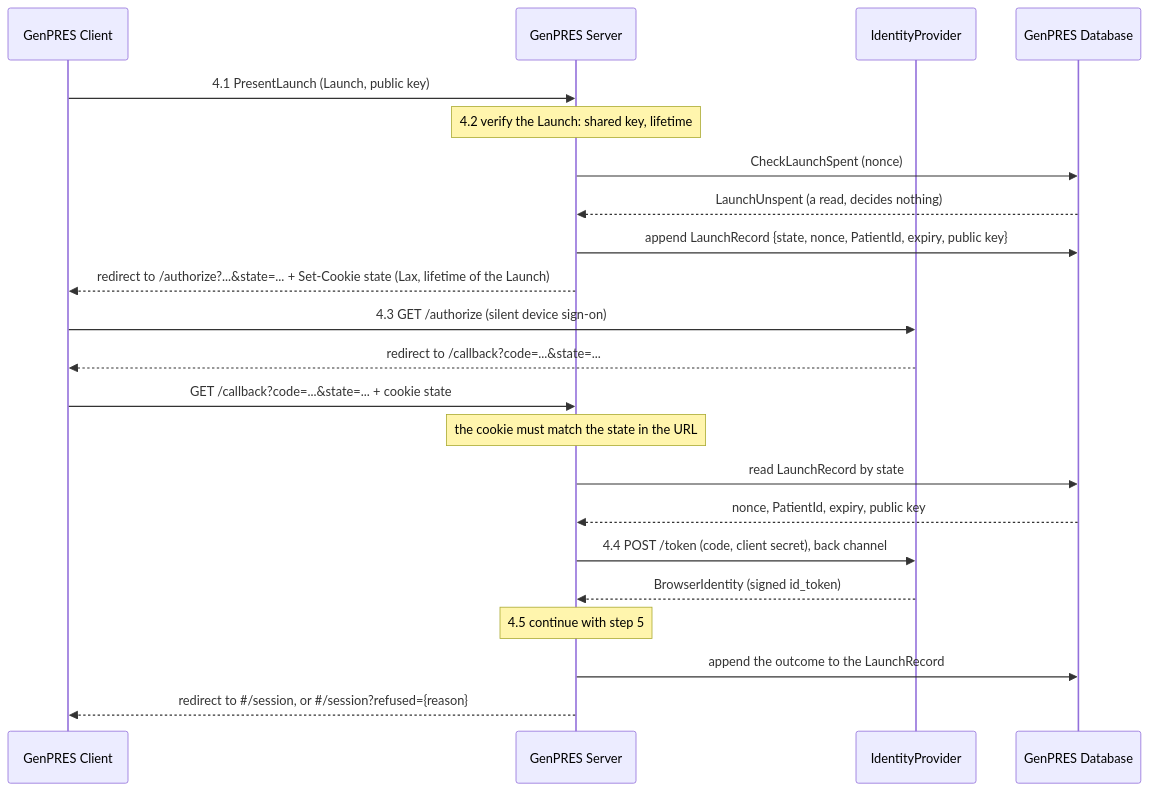
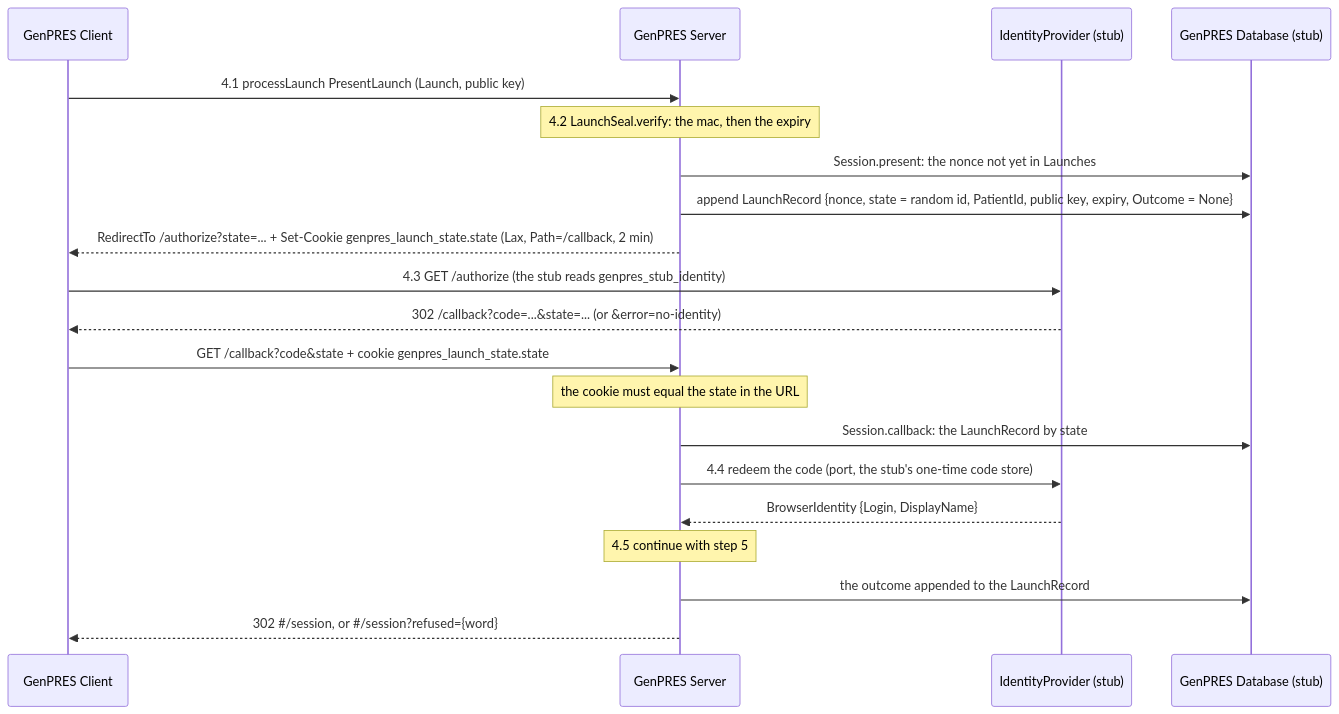
Before and after one commit to informedica/GenPRES: the second of 4 diagrams in docs/scenarios/integration/uc-01-launch.md, drawn with Mermaid. The commit also changed other lines of this file and 13 other files, not shown here.

````diff
--- a/docs/scenarios/integration/uc-01-launch.md
+++ b/docs/scenarios/integration/uc-01-launch.md
@@ -55,25 +60,23 @@
 ```mermaid
 sequenceDiagram
     participant C as GenPRES Client
     participant S as GenPRES Server
-    participant I as IdentityProvider
-    participant D as GenPRES Database
+    participant I as IdentityProvider (stub)
+    participant D as GenPRES Database (stub)
 
-    C->>S: 4.1 PresentLaunch (Launch, public key)
-    Note over S: 4.2 verify the Launch: shared key, lifetime
-    S->>D: CheckLaunchSpent (nonce)
-    D-->>S: LaunchUnspent (a read, decides nothing)
-    S->>D: append LaunchRecord {state, nonce, PatientId, expiry, public key}
-    S-->>C: redirect to /authorize?...&state=... + Set-Cookie state (Lax, lifetime of the Launch)
-    C->>I: 4.3 GET /authorize (silent device sign-on)
-    I-->>C: redirect to /callback?code=...&state=...
-    C->>S: GET /callback?code=...&state=... + cookie state
-    Note over S: the cookie must match the state in the URL
-    S->>D: read LaunchRecord by state
-    D-->>S: nonce, PatientId, expiry, public key
-    S->>I: 4.4 POST /token (code, client secret), back channel
-    I-->>S: BrowserIdentity (signed id_token)
+    C->>S: 4.1 processLaunch PresentLaunch (Launch, public key)
+    Note over S: 4.2 LaunchSeal.verify: the mac, then the expiry
+    S->>D: Session.present: the nonce not yet in Launches
+    S->>D: append LaunchRecord {nonce, state = random id, PatientId, public key, expiry, Outcome = None}
+    S-->>C: RedirectTo /authorize?state=... + Set-Cookie genpres_launch_state.state (Lax, Path=/callback, 2 min)
+    C->>I: 4.3 GET /authorize (the stub reads genpres_stub_identity)
+    I-->>C: 302 /callback?code=...&state=... (or &error=no-identity)
+    C->>S: GET /callback?code&state + cookie genpres_launch_state.state
+    Note over S: the cookie must equal the state in the URL
+    S->>D: Session.callback: the LaunchRecord by state
+    S->>I: 4.4 redeem the code (port, the stub's one-time code store)
+    I-->>S: BrowserIdentity {Login, DisplayName}
     Note over S: 4.5 continue with step 5
-    S->>D: append the outcome to the LaunchRecord
-    S-->>C: redirect to #35;/session, or #35;/session?refused={reason}
+    S->>D: the outcome appended to the LaunchRecord
+    S-->>C: 302 #35;/session, or #35;/session?refused={word}
 ```
````
